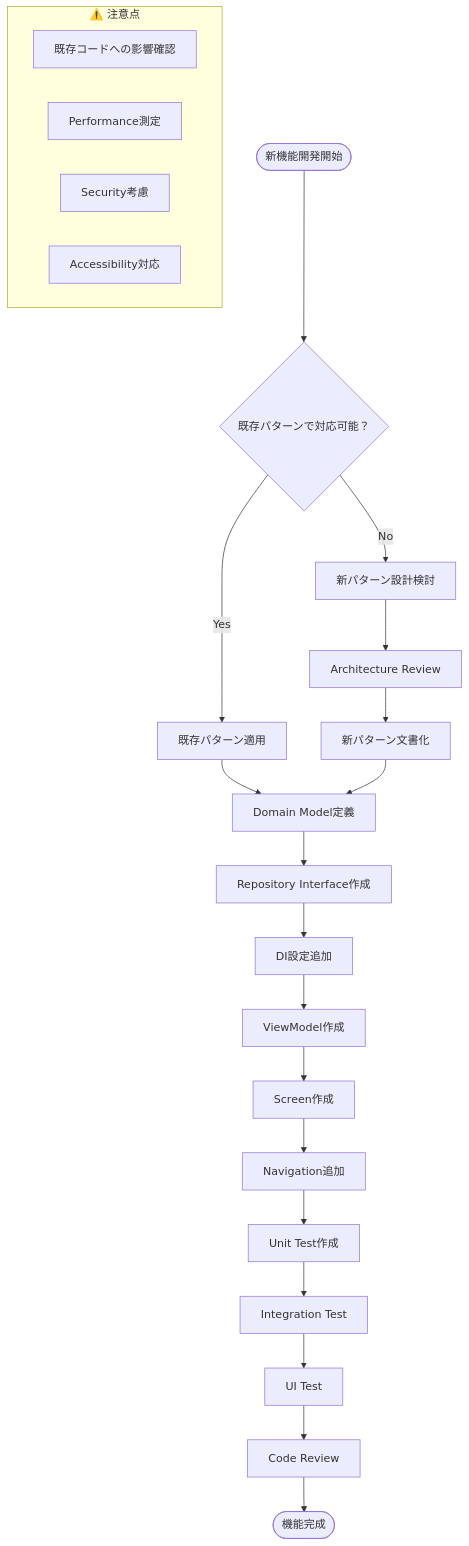
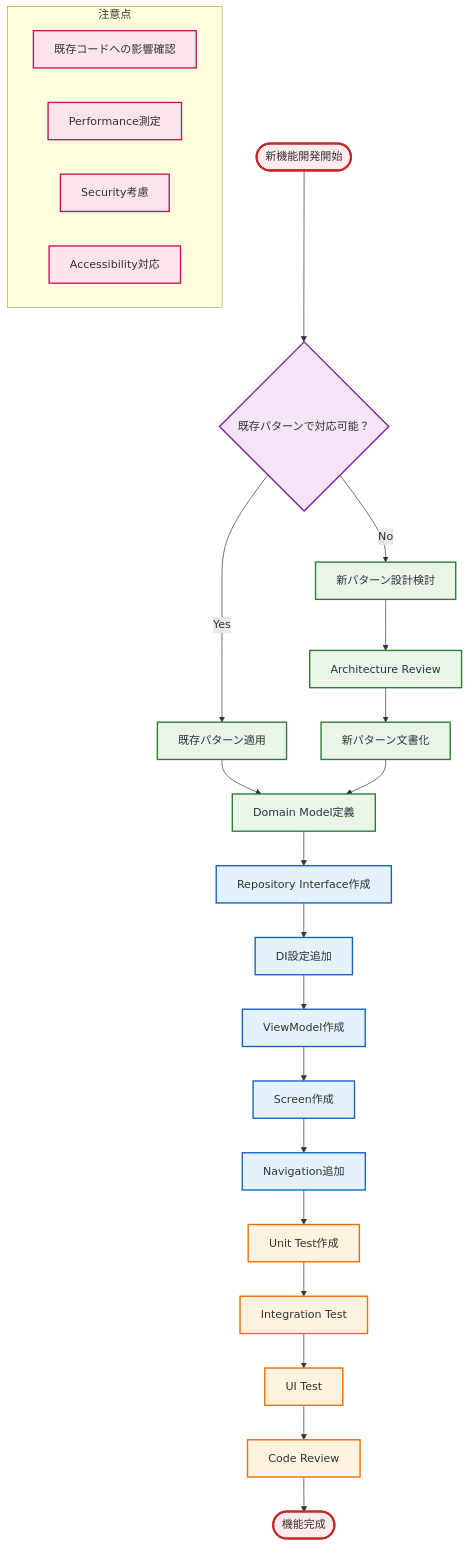
The tenth of 10 diagrams in ARCHITECTURE_GUIDE.md (shimanukims/android-base), drawn with Mermaid before and after one commit. The commit also changed other lines of this file, not shown here.

Commit message:
change architecture guide

````diff
--- a/ARCHITECTURE_GUIDE.md
+++ b/ARCHITECTURE_GUIDE.md
@@ -308,30 +475,45 @@
 ```mermaid
 flowchart TD
     Start([新機能開発開始]) --> A{既存パターンで対応可能？}
     
     A -->|Yes| B[既存パターン適用]
     A -->|No| C[新パターン設計検討]
     
     B --> D[Domain Model定義]
     C --> C1[Architecture Review]
     C1 --> C2[新パターン文書化]
     C2 --> D
     
     D --> E[Repository Interface作成]
     E --> F[DI設定追加]
     F --> G[ViewModel作成]
     G --> H[Screen作成]
     H --> I[Navigation追加]
     I --> J[Unit Test作成]
     J --> K[Integration Test]
     K --> L[UI Test]
     L --> M[Code Review]
     M --> End([機能完成])
     
-    subgraph "⚠️ 注意点"
+    subgraph Considerations ["注意点"]
         N[既存コードへの影響確認]
         O[Performance測定]
         P[Security考慮]
         Q[Accessibility対応]
     end
+    
+    %% スタイリング
+    classDef startEndStyle fill:#ffebee,stroke:#c62828,stroke-width:3px
+    classDef decisionStyle fill:#f3e5f5,stroke:#7b1fa2,stroke-width:2px
+    classDef designStyle fill:#e8f5e8,stroke:#2e7d32,stroke-width:2px
+    classDef implementationStyle fill:#e3f2fd,stroke:#1565c0,stroke-width:2px
+    classDef testStyle fill:#fff3e0,stroke:#ef6c00,stroke-width:2px
+    classDef considerationStyle fill:#fce4ec,stroke:#c2185b,stroke-width:2px
+    
+    class Start,End startEndStyle
+    class A decisionStyle
+    class B,C,C1,C2,D designStyle
+    class E,F,G,H,I implementationStyle
+    class J,K,L,M testStyle
+    class N,O,P,Q considerationStyle
 ```
````
